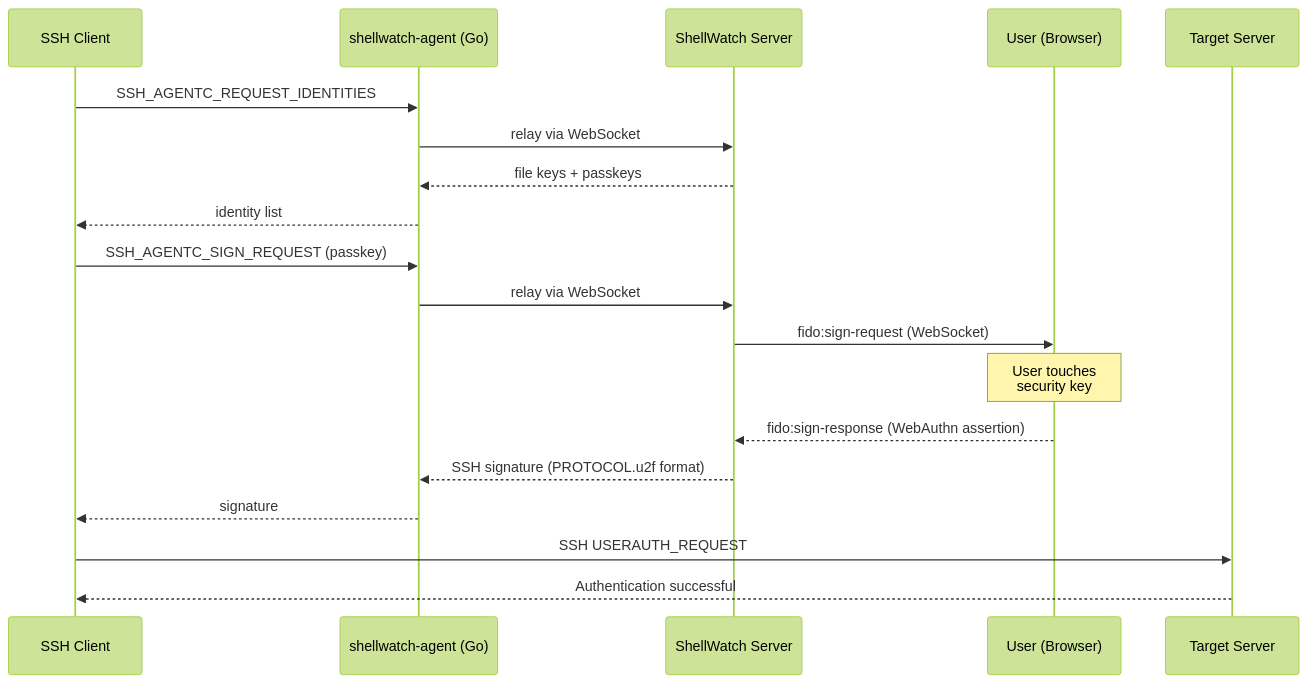
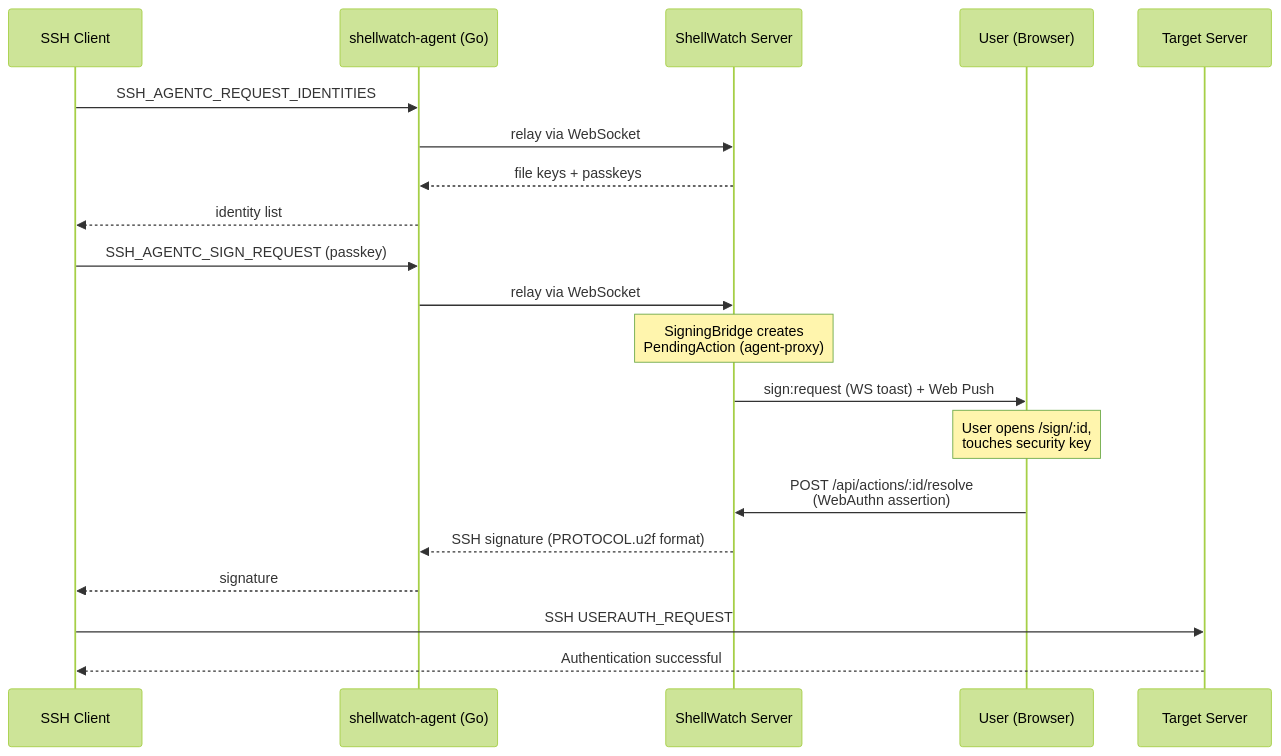
One commit to rado0x54/ShellWatch changed the third of 3 diagrams in docs/architecture-diagram.md. Above: the diagram before and after it, drawn with Mermaid (forest theme). The commit also changed other lines of this file and 3 other files, not shown here.

Commit message:
docs: realign README and docs with current codebase (PendingAction flow, agent-proxy enrichment, session preview)

````diff
--- a/docs/architecture-diagram.md
+++ b/docs/architecture-diagram.md
@@ -94,24 +94,25 @@
 ```mermaid
 sequenceDiagram
     participant SC as SSH Client
     participant GA as shellwatch-agent (Go)
     participant SW as ShellWatch Server
     participant U as User (Browser)
     participant T as Target Server
 
     SC->>GA: SSH_AGENTC_REQUEST_IDENTITIES
     GA->>SW: relay via WebSocket
     SW-->>GA: file keys + passkeys
     GA-->>SC: identity list
 
     SC->>GA: SSH_AGENTC_SIGN_REQUEST (passkey)
     GA->>SW: relay via WebSocket
-    SW->>U: fido:sign-request (WebSocket)
-    Note over U: User touches<br/>security key
-    U-->>SW: fido:sign-response (WebAuthn assertion)
+    Note over SW: SigningBridge creates<br/>PendingAction (agent-proxy)
+    SW->>U: sign:request (WS toast) + Web Push
+    Note over U: User opens /sign/:id,<br/>touches security key
+    U->>SW: POST /api/actions/:id/resolve<br/>(WebAuthn assertion)
     SW-->>GA: SSH signature (PROTOCOL.u2f format)
     GA-->>SC: signature
 
     SC->>T: SSH USERAUTH_REQUEST
     T-->>SC: Authentication successful
 ```
````
